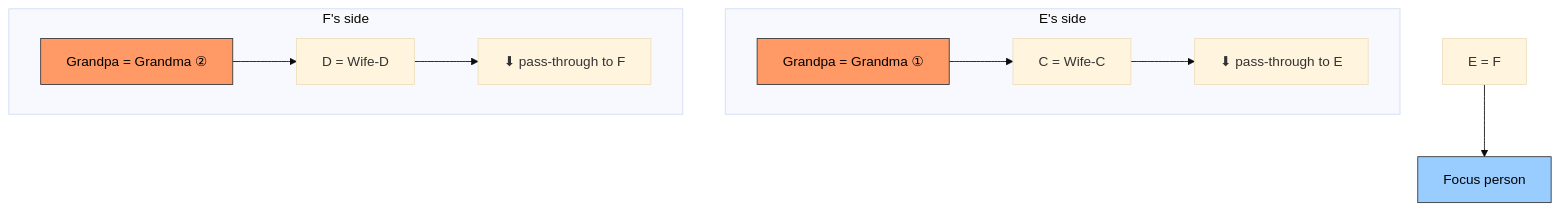
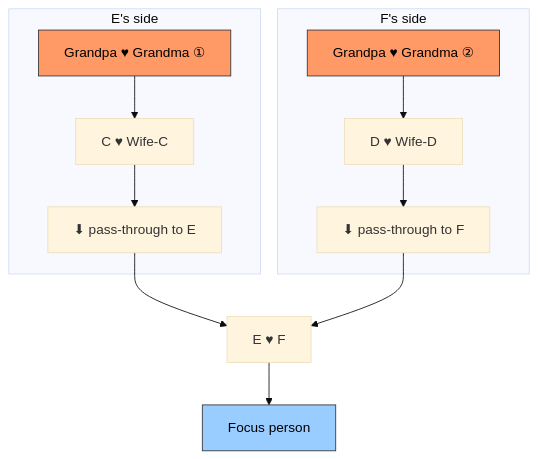
Before and after one commit to san650/ancestry: the fifth of 13 diagrams in lib/ancestry/people/CLAUDE.md, drawn with Mermaid (base theme). The commit also changed other lines of this file, not shown here.

Commit message:
Improve the graphs

````diff
--- a/lib/ancestry/people/CLAUDE.md
+++ b/lib/ancestry/people/CLAUDE.md
@@ -127,21 +131,22 @@
 ```mermaid
-graph TD
+flowchart TD
     subgraph left ["E's side"]
-        AB1["Grandpa = Grandma ①"]
-        AB1 --> C1["C = Wife-C"]
+        AB1["Grandpa ♥ Grandma ①"]
+        AB1 --> C1["C ♥ Wife-C"]
         C1 --> E_pt["⬇ pass-through to E"]
     end
 
     subgraph right ["F's side"]
-        AB2["Grandpa = Grandma ②"]
-        AB2 --> D1["D = Wife-D"]
+        AB2["Grandpa ♥ Grandma ②"]
+        AB2 --> D1["D ♥ Wife-D"]
         D1 --> F_pt["⬇ pass-through to F"]
     end
 
-    EF["E = F"]
+    E_pt --> EF["E ♥ F"]
+    F_pt --> EF
     EF --> Focus["Focus person"]
 
     style AB1 fill:#f96,stroke:#333,color:#000
     style AB2 fill:#f96,stroke:#333,color:#000
     style Focus fill:#9cf,stroke:#333,color:#000
 ```
````
